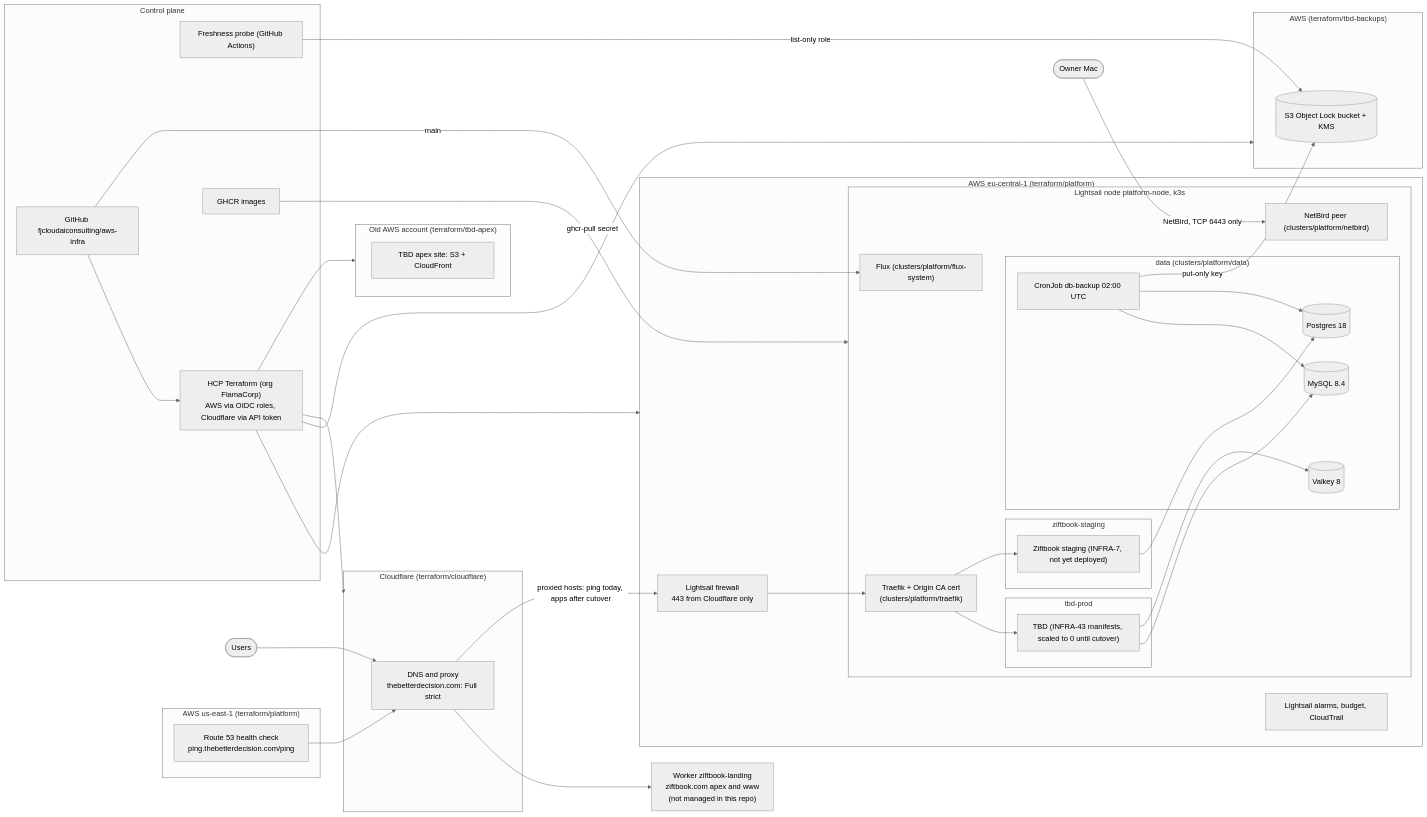
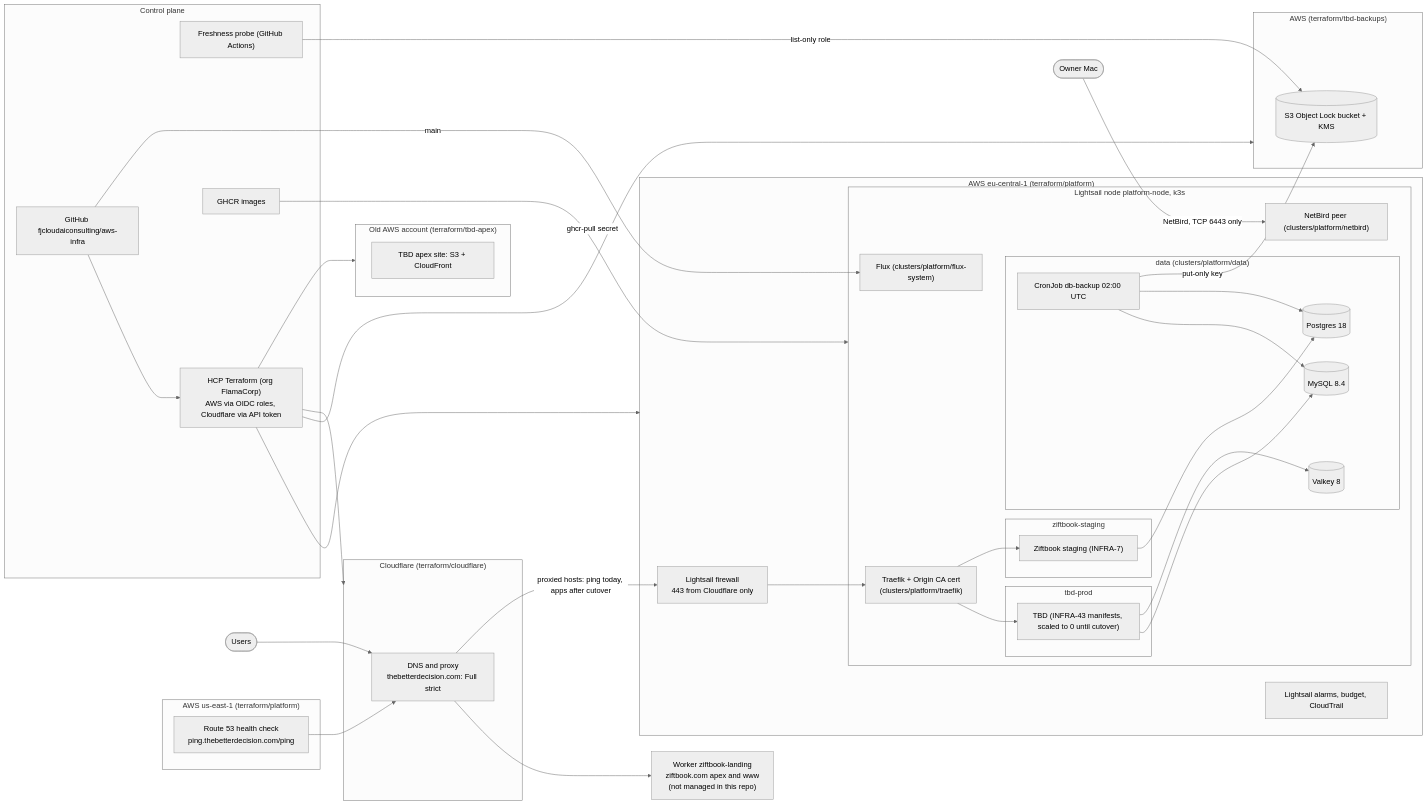
Before and after one commit to fjcloudaiconsulting/aws-infra: the diagram in docs/architecture.md, drawn with Mermaid (neutral theme). The commit also changed 3 other files, not shown here.

````diff
--- a/docs/architecture.md
+++ b/docs/architecture.md
@@ -7,63 +7,63 @@
 ```mermaid
 flowchart LR
   user([Users]) --> cf
 
   subgraph cloudflare["Cloudflare (terraform/cloudflare)"]
     cf["DNS and proxy<br/>thebetterdecision.com: Full strict"]
   end
   worker["Worker ziftbook-landing<br/>ziftbook.com apex and www<br/>(not managed in this repo)"]
   cf --> worker
 
   subgraph aws_platform["AWS eu-central-1 (terraform/platform)"]
     fw["Lightsail firewall<br/>443 from Cloudflare only"]
     subgraph node["Lightsail node platform-node, k3s"]
       traefik["Traefik + Origin CA cert<br/>(clusters/platform/traefik)"]
       subgraph ns_tbd["tbd-prod"]
         tbdapp["TBD (INFRA-43 manifests, scaled to 0 until cutover)"]
       end
       subgraph ns_zif["ziftbook-staging"]
-        zifapp["Ziftbook staging (INFRA-7, not yet deployed)"]
+        zifapp["Ziftbook staging (INFRA-7)"]
       end
       subgraph ns_data["data (clusters/platform/data)"]
         mysql[("MySQL 8.4")]
         postgres[("Postgres 18")]
         valkey[("Valkey 8")]
         backup["CronJob db-backup 02:00 UTC"]
       end
       flux["Flux (clusters/platform/flux-system)"]
       netbird["NetBird peer (clusters/platform/netbird)"]
     end
     alarms["Lightsail alarms, budget, CloudTrail"]
   end
   cf -->|"proxied hosts: ping today, apps after cutover"| fw --> traefik
   traefik --> tbdapp & zifapp
   tbdapp --> mysql & valkey
   zifapp --> postgres
   backup --> mysql & postgres
 
   subgraph aws_backups["AWS (terraform/tbd-backups)"]
     bucket[("S3 Object Lock bucket + KMS")]
   end
   backup -->|"put-only key"| bucket
   probe -->|"list-only role"| bucket
 
   subgraph useast["AWS us-east-1 (terraform/platform)"]
     hc["Route 53 health check<br/>ping.thebetterdecision.com/ping"]
   end
   hc --> cf
 
   subgraph oldacct["Old AWS account (terraform/tbd-apex)"]
     apex["TBD apex site: S3 + CloudFront"]
   end
 
   subgraph control["Control plane"]
     gh["GitHub fjcloudaiconsulting/aws-infra"]
     tfc["HCP Terraform (org FlamaCorp)<br/>AWS via OIDC roles, Cloudflare via API token"]
     ghcr["GHCR images"]
     probe["Freshness probe (GitHub Actions)"]
   end
   gh --> tfc --> aws_platform & aws_backups & cloudflare & oldacct
   gh -->|"main"| flux
   ghcr -->|"ghcr-pull secret"| node
   owner([Owner Mac]) -->|"NetBird, TCP 6443 only"| netbird
 ```
````
